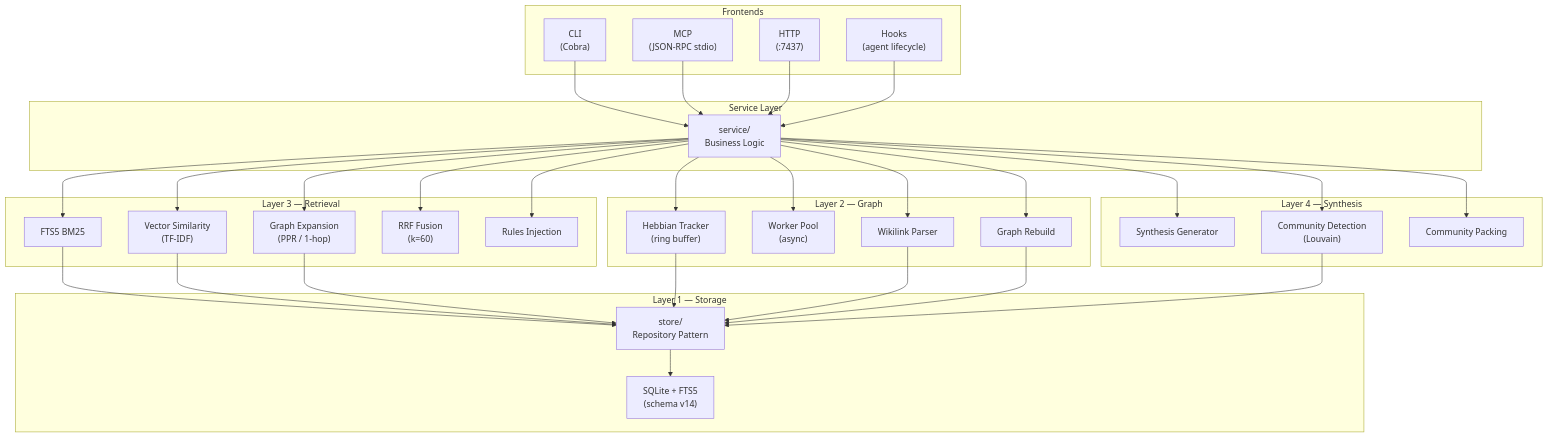
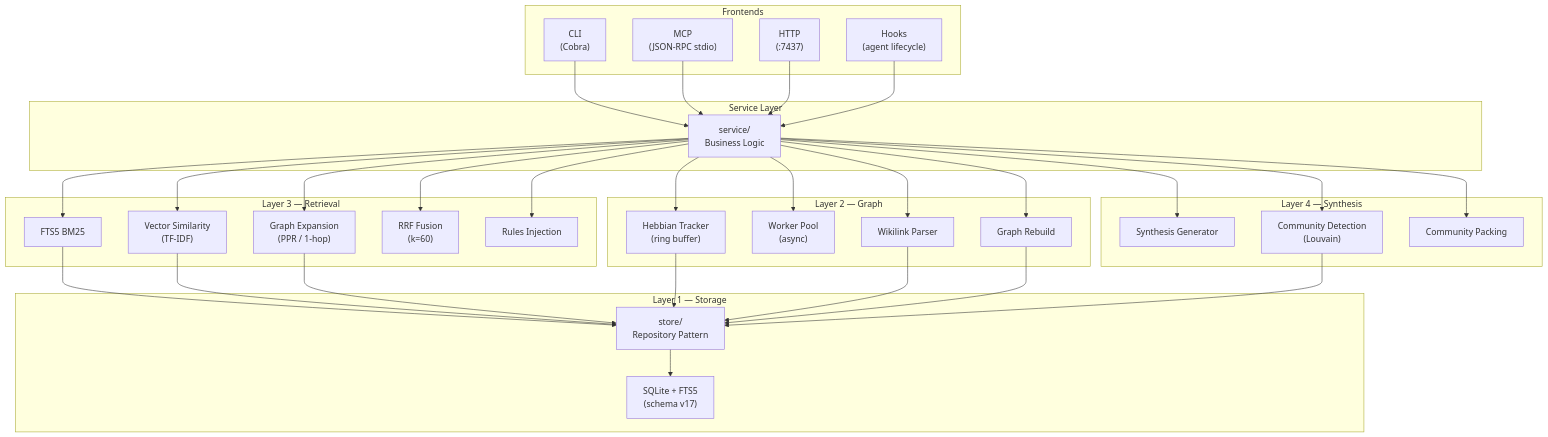
The first of 11 diagrams in docs/ARCHITECTURE.md (wirvii/mneme), drawn with Mermaid before and after one commit. The commit also changed other lines of this file and 3 other files, not shown here.

````diff
--- a/docs/ARCHITECTURE.md
+++ b/docs/ARCHITECTURE.md
@@ -47,69 +47,69 @@
 ```mermaid
 graph TB
     subgraph Frontends
         CLI["CLI<br/>(Cobra)"]
         MCP["MCP<br/>(JSON-RPC stdio)"]
         HTTP["HTTP<br/>(:7437)"]
         HOOKS["Hooks<br/>(agent lifecycle)"]
     end
 
     subgraph "Service Layer"
         SVC["service/<br/>Business Logic"]
     end
 
     subgraph "Layer 4 — Synthesis"
         SYNTH["Synthesis Generator"]
         COMM["Community Detection<br/>(Louvain)"]
         CPAK["Community Packing"]
     end
 
     subgraph "Layer 3 — Retrieval"
         FTS["FTS5 BM25"]
         VEC["Vector Similarity<br/>(TF-IDF)"]
         PPR["Graph Expansion<br/>(PPR / 1-hop)"]
         RRF["RRF Fusion<br/>(k=60)"]
         RULES["Rules Injection"]
     end
 
     subgraph "Layer 2 — Graph"
         HEBB["Hebbian Tracker<br/>(ring buffer)"]
         WORKER["Worker Pool<br/>(async)"]
         WLINK["Wikilink Parser"]
         RBLD["Graph Rebuild"]
     end
 
     subgraph "Layer 1 — Storage"
         STORE["store/<br/>Repository Pattern"]
-        DB["SQLite + FTS5<br/>(schema v14)"]
+        DB["SQLite + FTS5<br/>(schema v17)"]
     end
 
     CLI --> SVC
     MCP --> SVC
     HTTP --> SVC
     HOOKS --> SVC
 
     SVC --> SYNTH
     SVC --> COMM
     SVC --> CPAK
 
     SVC --> FTS
     SVC --> VEC
     SVC --> PPR
     SVC --> RRF
     SVC --> RULES
 
     SVC --> HEBB
     SVC --> WORKER
     SVC --> WLINK
     SVC --> RBLD
 
     FTS --> STORE
     VEC --> STORE
     PPR --> STORE
     HEBB --> STORE
     WLINK --> STORE
     RBLD --> STORE
     COMM --> STORE
 
     STORE --> DB
 ```
````
